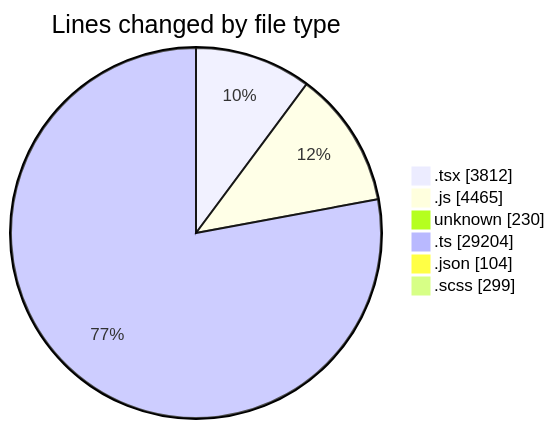
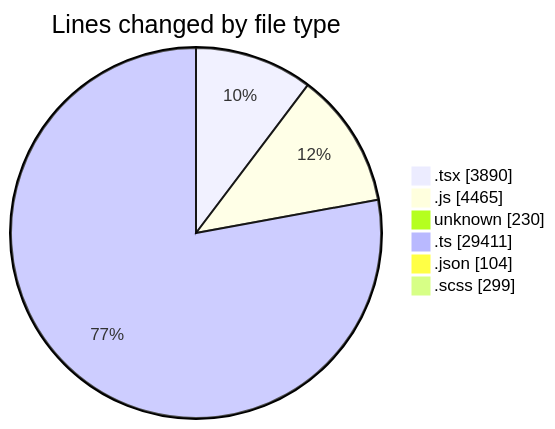
The first of 2 diagrams in 2026-05-06/cda/README.md (momahboobian/code-tracking), drawn with Mermaid before and after one commit. The commit also changed other lines of this file and 1 other file, not shown here.

````diff
--- a/2026-05-06/cda/README.md
+++ b/2026-05-06/cda/README.md
@@ -86,10 +88,10 @@
 ```mermaid
 pie showData
 title Lines changed by file type
-".tsx" : 3812
+".tsx" : 3890
 ".js" : 4465
 "unknown" : 230
-".ts" : 29204
+".ts" : 29411
 ".json" : 104
 ".scss" : 299
 ```
````
